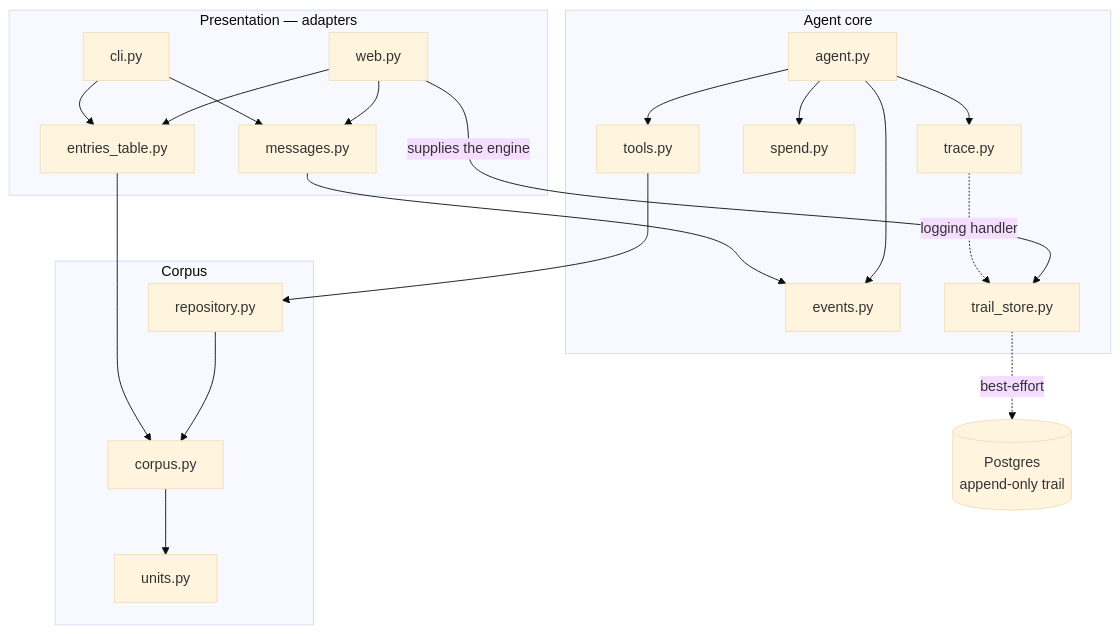
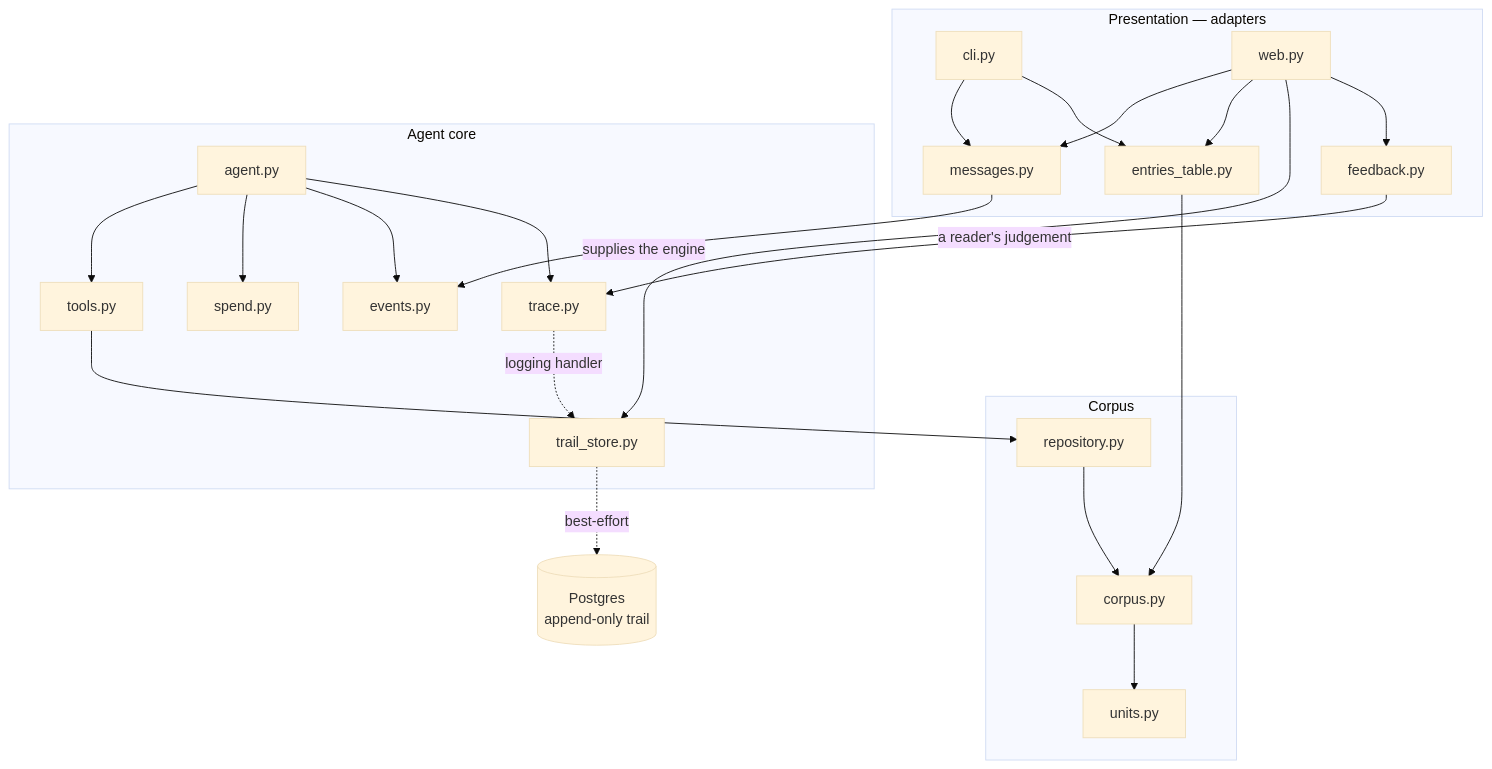
Before and after one commit to DukeOfErl/Numera: the third of 5 diagrams in docs/diagrams/architecture.md, drawn with Mermaid (base theme). The commit also changed other lines of this file and 4 other files, not shown here.

````diff
--- a/docs/diagrams/architecture.md
+++ b/docs/diagrams/architecture.md
@@ -89,40 +89,43 @@
 ```mermaid
 flowchart TB
     subgraph presentation["Presentation — adapters"]
         cli[cli.py]
         web[web.py]
         messages[messages.py]
         table[entries_table.py]
+        fb[feedback.py]
     end
     subgraph core["Agent core"]
         agent[agent.py]
         tools[tools.py]
         spend[spend.py]
         events[events.py]
         trace[trace.py]
         store[trail_store.py]
     end
     subgraph data["Corpus"]
         corpus[corpus.py]
         repo[repository.py]
         units[units.py]
     end
     pg[("Postgres<br/>append-only trail")]
 
     cli --> messages
     web --> messages
     messages --> events
     cli --> table
     web --> table
     table --> corpus
     agent --> tools
     agent --> spend
     agent --> events
     agent --> trace
     tools --> repo
     repo --> corpus
     corpus --> units
     trace -. "logging handler" .-> store
     store -. "best-effort" .-> pg
     web -- "supplies the engine" --> store
+    web --> fb
+    fb -- "a reader's judgement" --> trace
 ```
````
